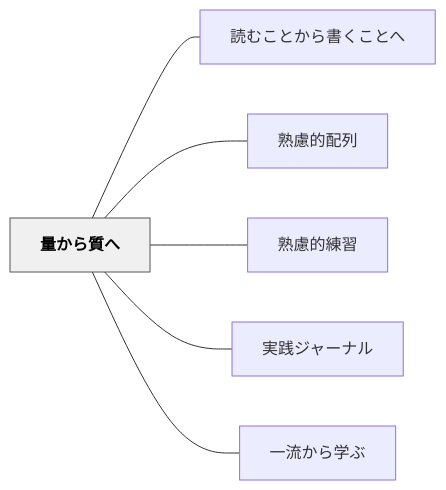
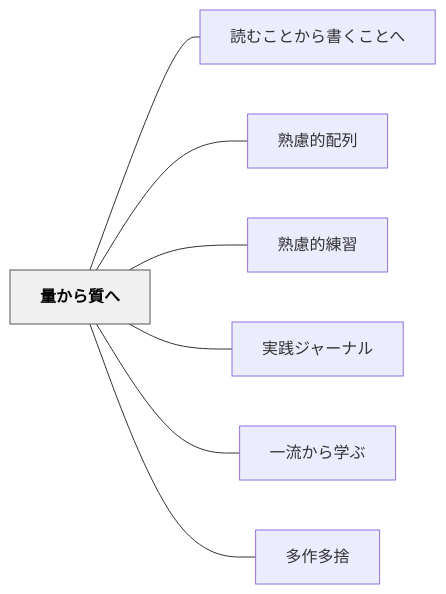
One commit to unknownthings-ed-patterns/unknownthings-ed-patterns changed the diagram in content/パタン/量から質へ.md. Above: the diagram before and after it, drawn with Mermaid. The commit also changed other lines of this file and 158 other files, not shown here.

````diff
--- a/content/パタン/量から質へ.md
+++ b/content/パタン/量から質へ.md
@@ -46,18 +46,20 @@
 ```mermaid
 flowchart LR
     ne9878fe3818be38289e8b3aae381b8["量から質へ"]
     ne8aaade38280e38193e381a8e3818be38289e69bb8e3818fe38193e381a8e381b8["読むことから書くことへ"]
     ne7869fe685aee79a84e9858de58897["熟慮的配列"]
     ne7869fe685aee79a84e7b7b4e7bf92["熟慮的練習"]
     ne5ae9fe8b7b5e382b8e383a3e383bce3838ae383ab["実践ジャーナル"]
     ne4b880e6b581e3818be38289e5ada6e381b6["一流から学ぶ"]
+    ne5a49ae4bd9ce5a49ae68da8["多作多捨"]
 
     ne9878fe3818be38289e8b3aae381b8 --- ne8aaade38280e38193e381a8e3818be38289e69bb8e3818fe38193e381a8e381b8
     ne9878fe3818be38289e8b3aae381b8 --- ne7869fe685aee79a84e9858de58897
     ne9878fe3818be38289e8b3aae381b8 --- ne7869fe685aee79a84e7b7b4e7bf92
     ne9878fe3818be38289e8b3aae381b8 --- ne5ae9fe8b7b5e382b8e383a3e383bce3838ae383ab
     ne9878fe3818be38289e8b3aae381b8 --- ne4b880e6b581e3818be38289e5ada6e381b6
+    ne9878fe3818be38289e8b3aae381b8 --- ne5a49ae4bd9ce5a49ae68da8
 
     classDef hub fill:#f0f0f0,stroke:#555,color:#000,font-weight:bold
     class ne9878fe3818be38289e8b3aae381b8 hub
 ```
````
